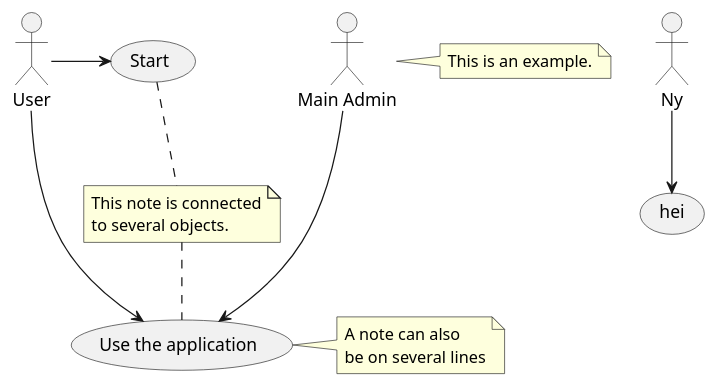
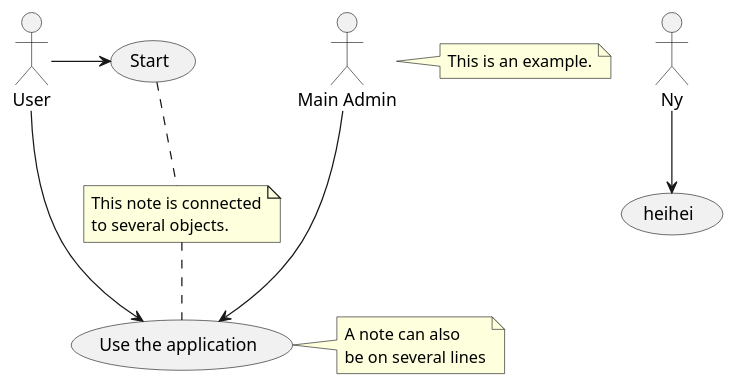
One commit to SetGruppe6/diagrammer changed the diagram in usecase.puml. Above: the diagram before and after it, drawn with PlantUML.

```diff
--- a/usecase.puml
+++ b/usecase.puml
@@ -1,25 +1,25 @@
 @startuml
 :Main Admin: as Admin
 (Use the application) as (Use)
 
 User -> (Start)
 User --> (Use)
 
 Admin ---> (Use)
 
 
-Ny--> (hei)
+Ny--> (heihei)
 
 
 
 note right of Admin : This is an example.
 
 note right of (Use)
 A note can also
 be on several lines
 end note
 
 note "This note is connected\nto several objects." as N2
 (Start) .. N2
 N2 .. (Use)
 @enduml
```
